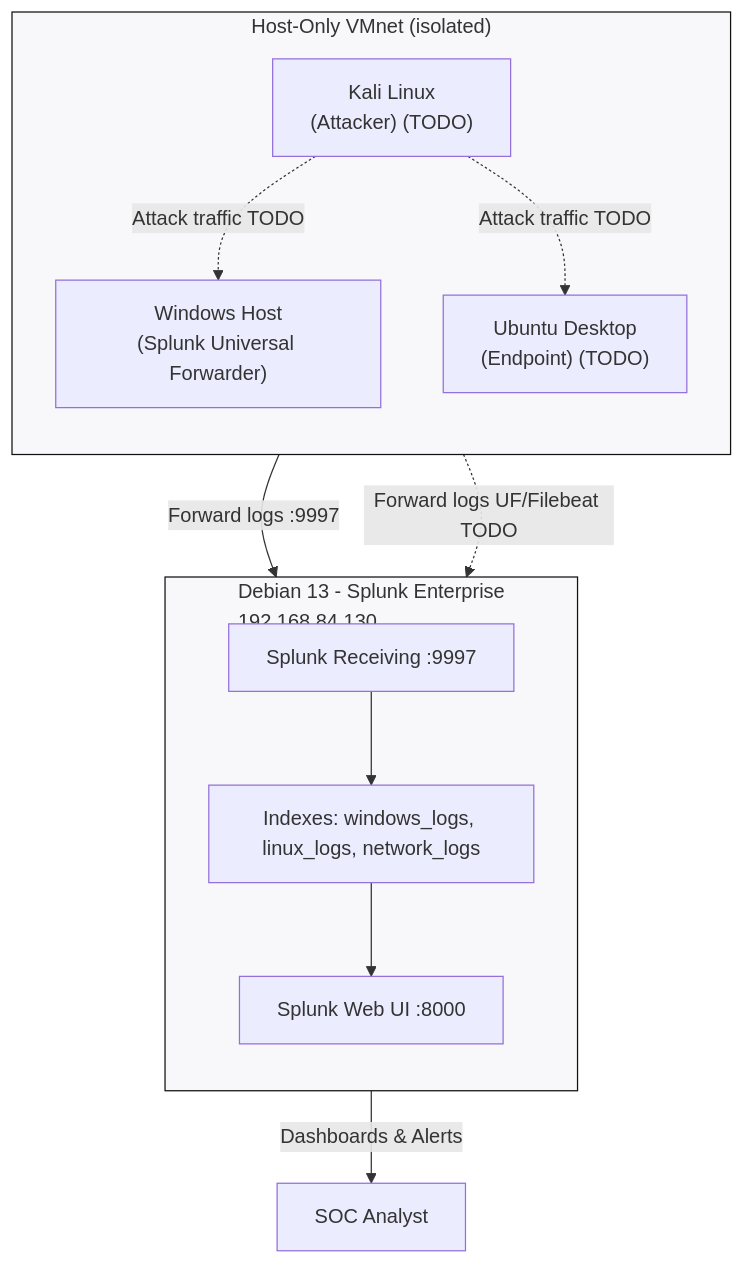
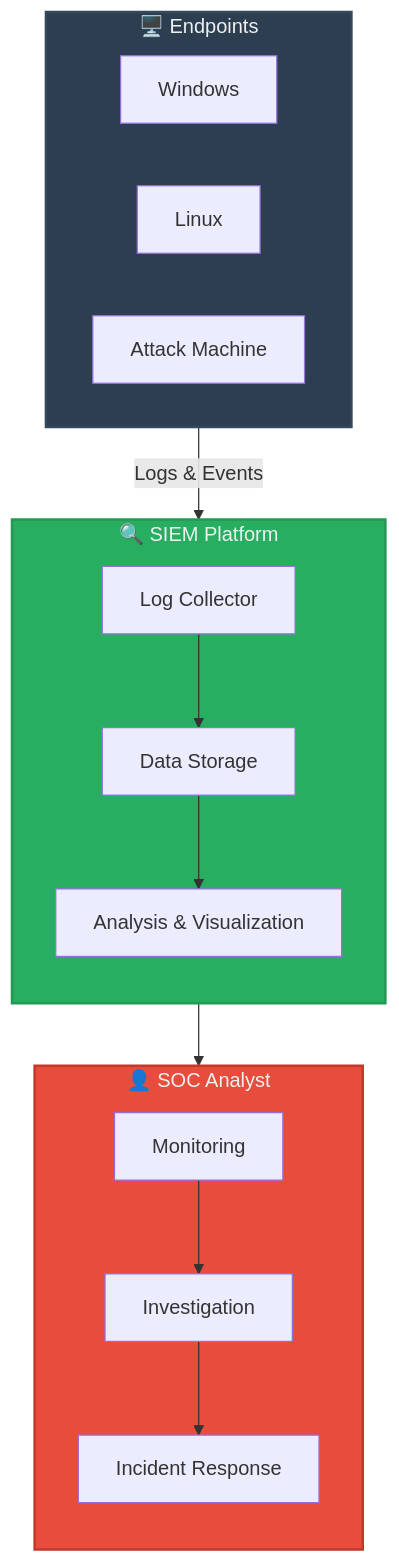
Before and after one commit to 0xMart/Homelab-SOC: the diagram in README.md, drawn with Mermaid.

````diff
--- a/README.md
+++ b/README.md
@@ -5,30 +5,34 @@
 ```mermaid
 flowchart TB
-    subgraph Host_Network["Host-Only VMnet (isolated)"]
-        direction TB
-        Win["Windows Host\n(Splunk Universal Forwarder)"]
-        Kali["Kali Linux\n(Attacker) (TODO)"]
-        Ubuntu["Ubuntu Desktop\n(Endpoint) (TODO)"]
+    subgraph endpoints["🖥️ Endpoints"]
+        direction LR
+        win["Windows"]
+        linux["Linux"]
+        kali["Attack Machine"]
     end
 
-    subgraph Splunk_Server["Debian 13 - Splunk Enterprise\n192.168.84.130"]
+    subgraph siem["🔍 SIEM Platform"]
         direction TB
-        SplunkWeb["Splunk Web UI :8000"]
-        SplunkRecv["Splunk Receiving :9997"]
-        Indexes["Indexes: windows_logs, linux_logs, network_logs"]
+        collector["Log Collector"]
+        storage["Data Storage"]
+        analysis["Analysis & Visualization"]
     end
 
-    %% Forwarding / Flows
-    Win -->|Forward logs :9997| SplunkRecv
-    Ubuntu -.->|Forward logs UF/Filebeat TODO| SplunkRecv
-    Kali -.->|Attack traffic TODO| Win
-    Kali -.->|Attack traffic TODO| Ubuntu
+    subgraph soc["👤 SOC Analyst"]
+        direction TB
+        monitoring["Monitoring"]
+        investigation["Investigation"]
+        response["Incident Response"]
+    end
 
-    %% Splunk data flow
-    SplunkRecv --> Indexes
-    Indexes --> SplunkWeb
-    SplunkWeb -->|Dashboards & Alerts| Analyst["SOC Analyst"]
+    endpoints -->|Logs & Events| collector
+    collector --> storage
+    storage --> analysis
+    analysis --> monitoring
+    monitoring --> investigation
+    investigation --> response
 
-    classDef simple fill:#f8f8fa,stroke:#111,stroke-width:1px;
-    class Host_Network,Splunk_Server simple;
+    style endpoints fill:#2c3e50,stroke:#34495e,stroke-width:2px,color:#ecf0f1
+    style siem fill:#27ae60,stroke:#229954,stroke-width:2px,color:#ecf0f1
+    style soc fill:#e74c3c,stroke:#c0392b,stroke-width:2px,color:#ecf0f1
 ```
````
